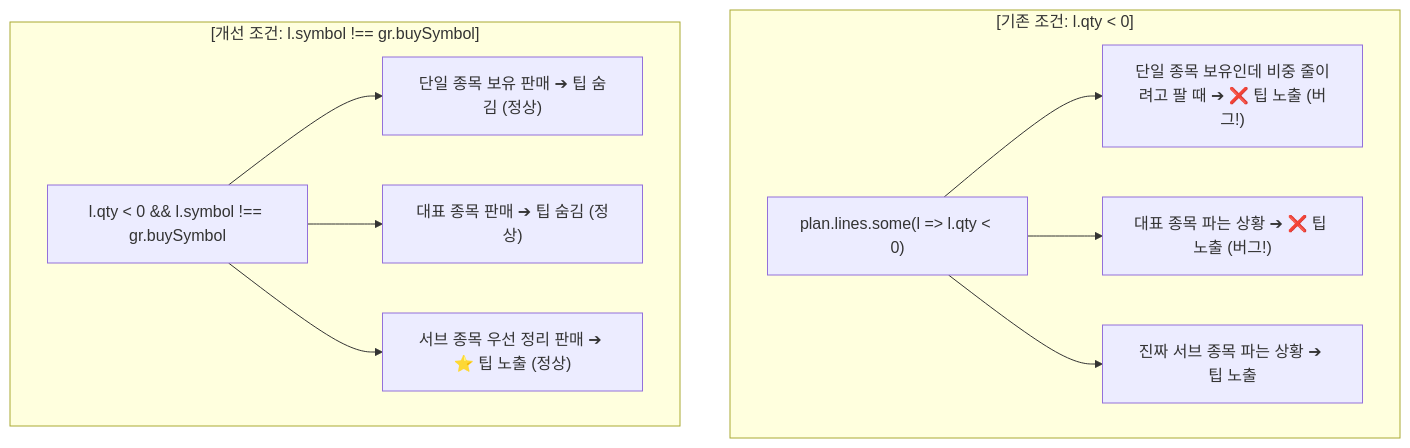
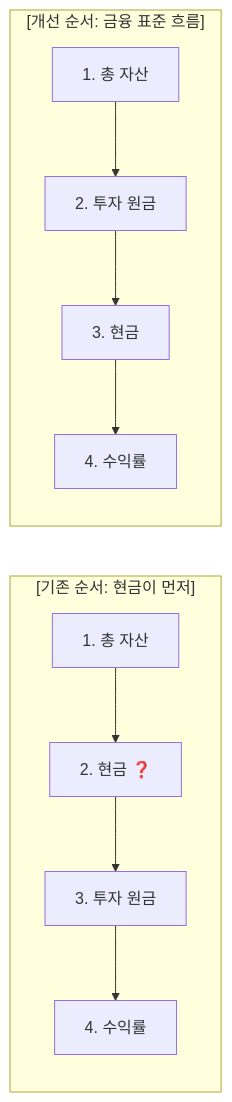
One commit to hajooi/jusik-app changed the diagram in implementation_plan.md. Above: the diagram before and after it, drawn with Mermaid. The commit also changed other lines of this file and 1 other file, not shown here.

````diff
--- a/implementation_plan.md
+++ b/implementation_plan.md
@@ -25,22 +15,10 @@
 ```mermaid
-graph TD
-  subgraph AS_IS["[기존 조건: l.qty < 0]"]
-    Cond1["plan.lines.some(l => l.qty < 0)"]
-    Case1["단일 종목 보유인데 비중 줄이려고 팔 때 ➔ ❌ 팁 노출 (버그!)"]
-    Case2["대표 종목 파는 상황 ➔ ❌ 팁 노출 (버그!)"]
-    Case3["진짜 서브 종목 파는 상황 ➔ 팁 노출"]
-    Cond1 --> Case1
-    Cond1 --> Case2
-    Cond1 --> Case3
+graph LR
+  subgraph AS_IS["[기존 순서: 현금이 먼저]"]
+    A1["1. 총 자산"] --> A2["2. 현금 ❓"] --> A3["3. 투자 원금"] --> A4["4. 수익률"]
   end
 
-  subgraph TO_BE["[개선 조건: l.symbol !== gr.buySymbol]"]
-    Cond2["l.qty < 0 && l.symbol !== gr.buySymbol"]
-    Case4["단일 종목 보유 판매 ➔ 팁 숨김 (정상)"]
-    Case5["대표 종목 판매 ➔ 팁 숨김 (정상)"]
-    Case6["서브 종목 우선 정리 판매 ➔ ⭐ 팁 노출 (정상)"]
-    Cond2 --> Case4
-    Cond2 --> Case5
-    Cond2 --> Case6
+  subgraph TO_BE["[개선 순서: 금융 표준 흐름]"]
+    B1["1. 총 자산"] --> B2["2. 투자 원금"] --> B3["3. 현금"] --> B4["4. 수익률"]
   end
 ```
````
